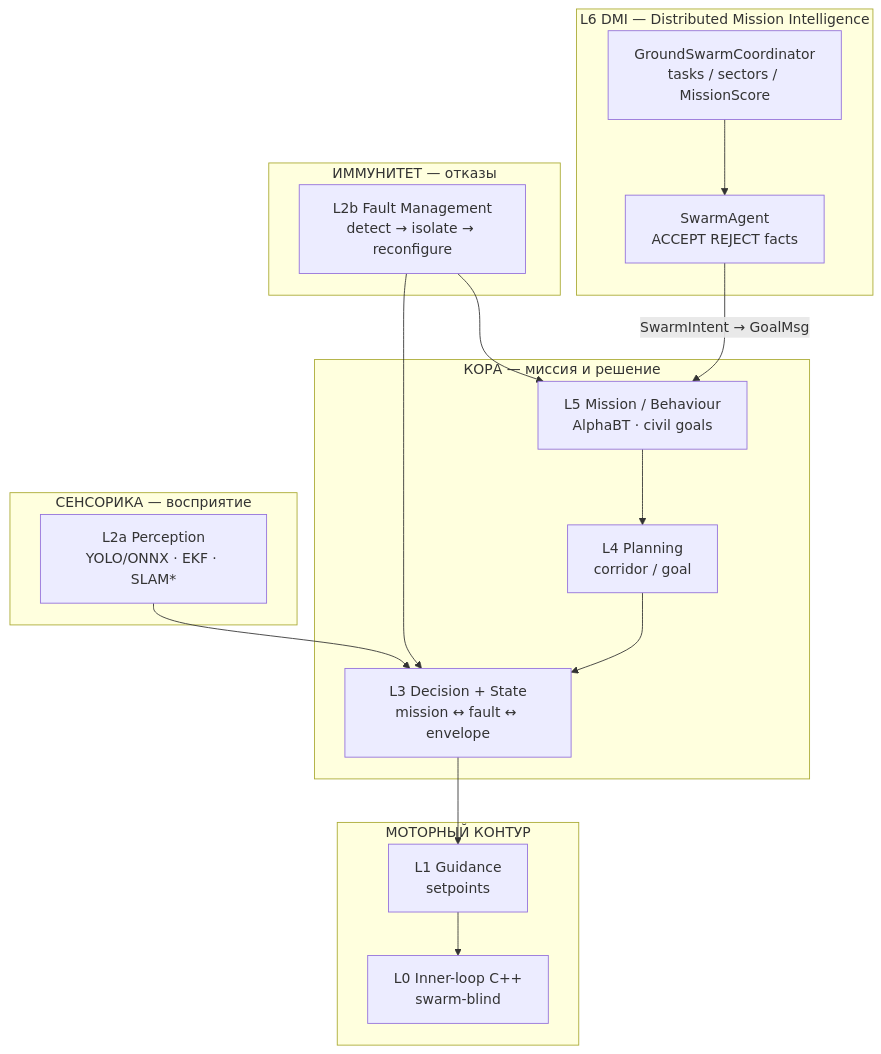
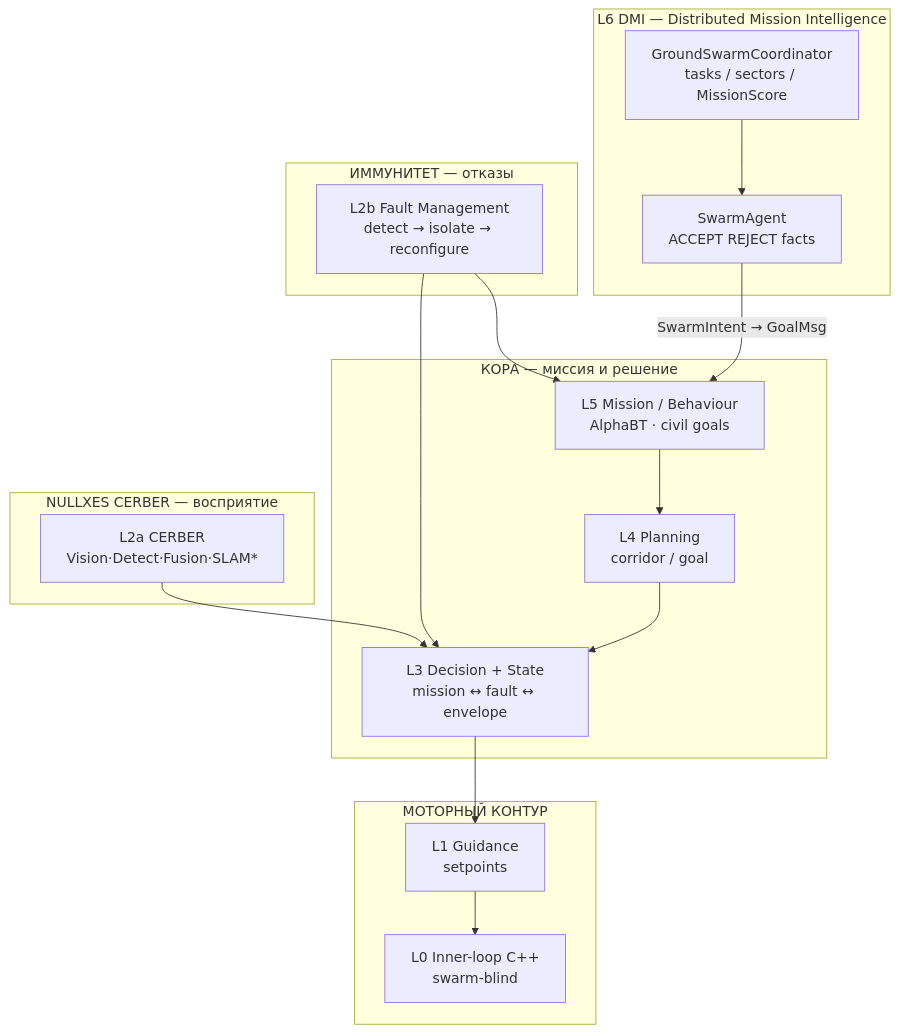
The first of 5 diagrams in 00_docs/architecture/BRAIN_SCHEME.md (MagistrTheOne/NULLXES-Black-Death), drawn with Mermaid before and after one commit. The commit also changed other lines of this file and 16 other files, not shown here.

First line of the commit message:
Lock NULLXES CERBER perception naming and CERBER detect train stack.

````diff
--- a/00_docs/architecture/BRAIN_SCHEME.md
+++ b/00_docs/architecture/BRAIN_SCHEME.md
@@ -13,34 +13,34 @@
 ```mermaid
 flowchart TB
   subgraph DMI["L6 DMI — Distributed Mission Intelligence"]
     GSC["GroundSwarmCoordinator<br/>tasks / sectors / MissionScore"]
     L6["SwarmAgent<br/>ACCEPT REJECT facts"]
   end
 
   subgraph CORTEX["КОРА — миссия и решение"]
     L5["L5 Mission / Behaviour<br/>AlphaBT · civil goals"]
     L4["L4 Planning<br/>corridor / goal"]
     L3["L3 Decision + State<br/>mission ↔ fault ↔ envelope"]
   end
 
-  subgraph SENSORY["СЕНСОРИКА — восприятие"]
-    L2a["L2a Perception<br/>YOLO/ONNX · EKF · SLAM*"]
+  subgraph SENSORY["NULLXES CERBER — восприятие"]
+    L2a["L2a CERBER<br/>Vision·Detect·Fusion·SLAM*"]
   end
 
   subgraph IMMUNE["ИММУНИТЕТ — отказы"]
     L2b["L2b Fault Management<br/>detect → isolate → reconfigure"]
   end
 
   subgraph MOTOR["МОТОРНЫЙ КОНТУР"]
     L1["L1 Guidance<br/>setpoints"]
     L0["L0 Inner-loop C++<br/>swarm-blind"]
   end
 
   GSC --> L6
   L6 -->|"SwarmIntent → GoalMsg"| L5
   L5 --> L4 --> L3
   L2a --> L3
   L2b --> L5
   L2b --> L3
   L3 --> L1 --> L0
 ```
````
